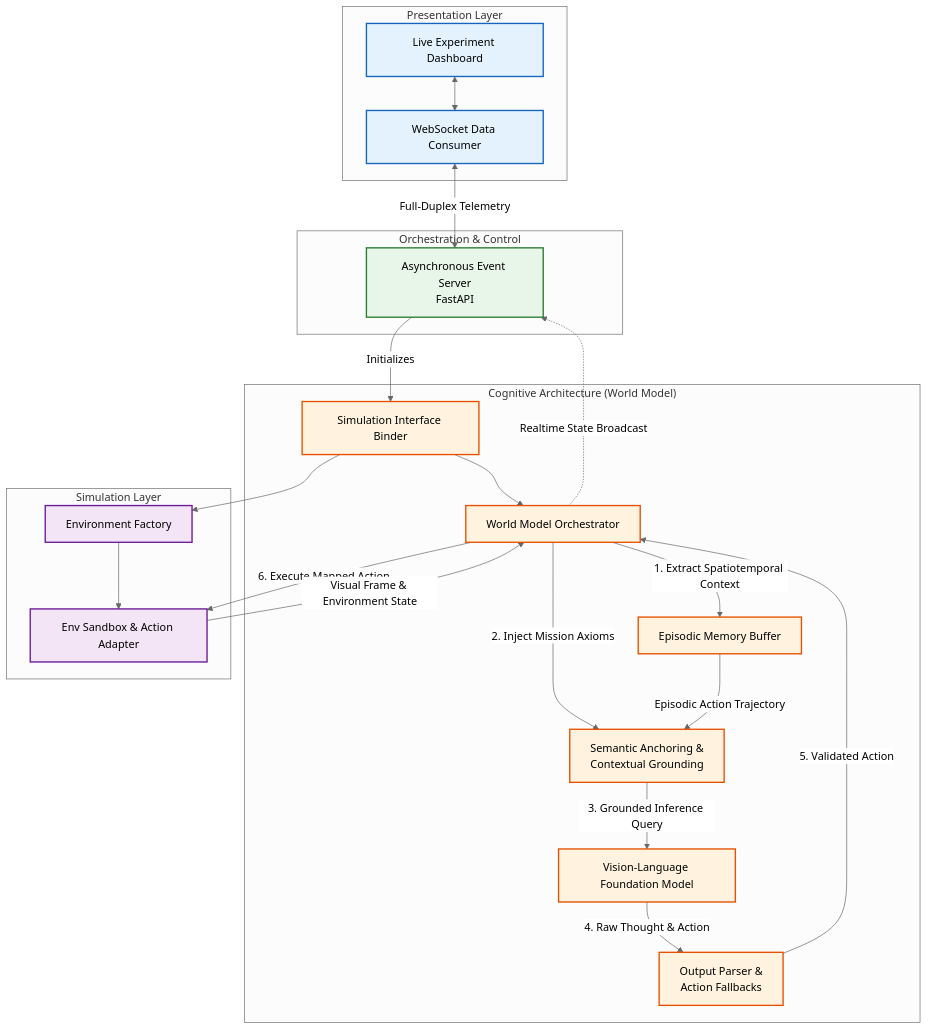
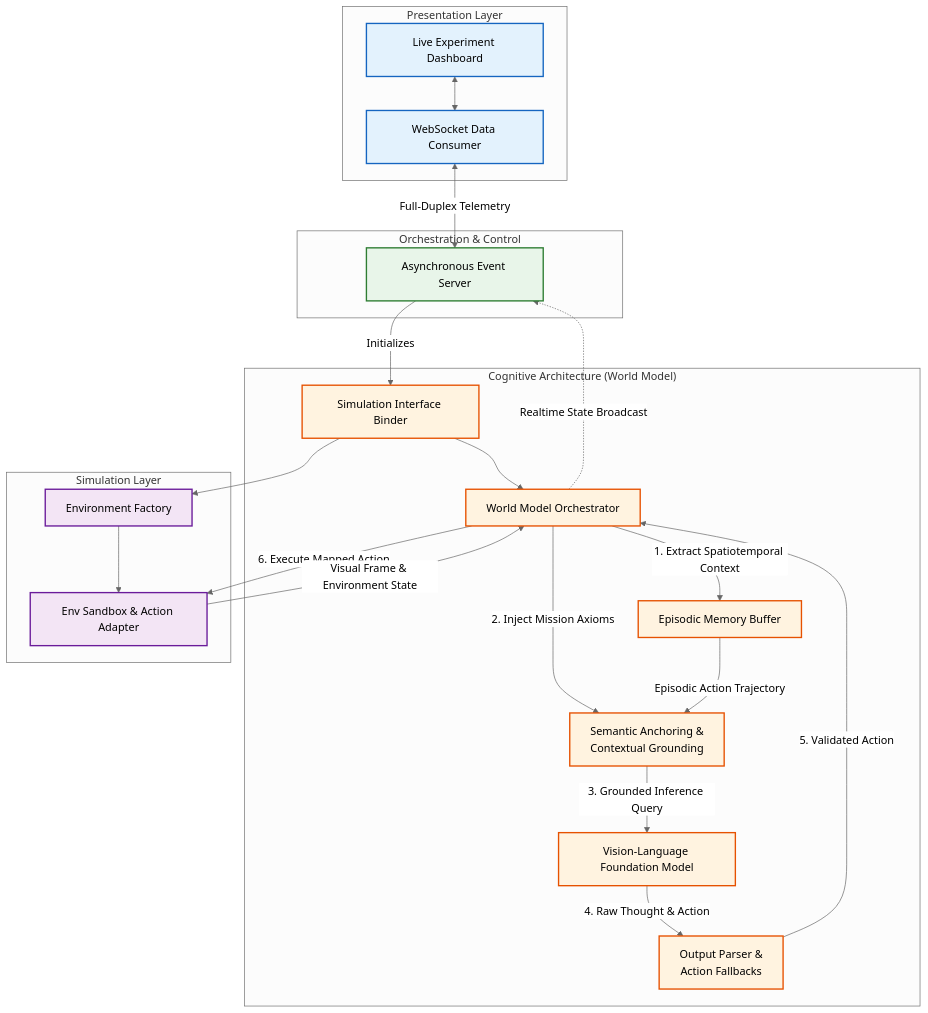
The diagram in README.md (hemantjuyal/SIMA2-Agent), drawn with Mermaid before and after one commit. The commit also changed 6 other files, not shown here.

````diff
--- a/README.md
+++ b/README.md
@@ -70,51 +70,51 @@
 ```mermaid
 %%{init: {'theme': 'neutral'}}%%
 graph TD
     %% Styling
     classDef ui fill:#e3f2fd,stroke:#1565c0,stroke-width:2px;
     classDef api fill:#e8f5e9,stroke:#2e7d32,stroke-width:2px;
     classDef core fill:#fff3e0,stroke:#e65100,stroke-width:2px;
     classDef env fill:#f3e5f5,stroke:#6a1b9a,stroke-width:2px;
 
     subgraph "Presentation Layer"
         UI[Live Experiment Dashboard<br/>]:::ui
         WS_CLIENT[WebSocket Data Consumer]:::ui
         UI <--> WS_CLIENT
     end
 
     subgraph "Orchestration & Control"
-        API[Asynchronous Event Server<br/>FastAPI]:::api
+        API[Asynchronous Event Server]:::api
         WS_CLIENT <-->|Full-Duplex Telemetry| API
     end
 
     subgraph "Cognitive Architecture (World Model)"
         AC[Simulation Interface Binder]:::core
         PTA[World Model Orchestrator]:::core
         PROMPT[Semantic Anchoring &<br/>Contextual Grounding]:::core
         MEM[Episodic Memory Buffer]:::core
         VLM[Vision-Language Foundation Model]:::core
         PARSER[Output Parser &<br/>Action Fallbacks]:::core
         
         API -->|Initializes| AC
         AC --> PTA
         PTA -- "1. Extract Spatiotemporal Context" --> MEM
         PTA -- "2. Inject Mission Axioms" --> PROMPT
         MEM -- "Episodic Action Trajectory" --> PROMPT
         PROMPT -- "3. Grounded Inference Query" --> VLM
         VLM -- "4. Raw Thought & Action" --> PARSER
         PARSER -- "5. Validated Action" --> PTA
     end
 
     subgraph "Simulation Layer"
         EF[Environment Factory]:::env
         ENV[Env Sandbox & Action Adapter]:::env
         
         AC --> EF
         EF --> ENV
         PTA -- "6. Execute Mapped Action" --> ENV
         ENV -- "Visual Frame & Environment State" --> PTA
     end
 
     %% Event Stream back to API
     PTA -. "Realtime State Broadcast" .-> API
 ```
````
